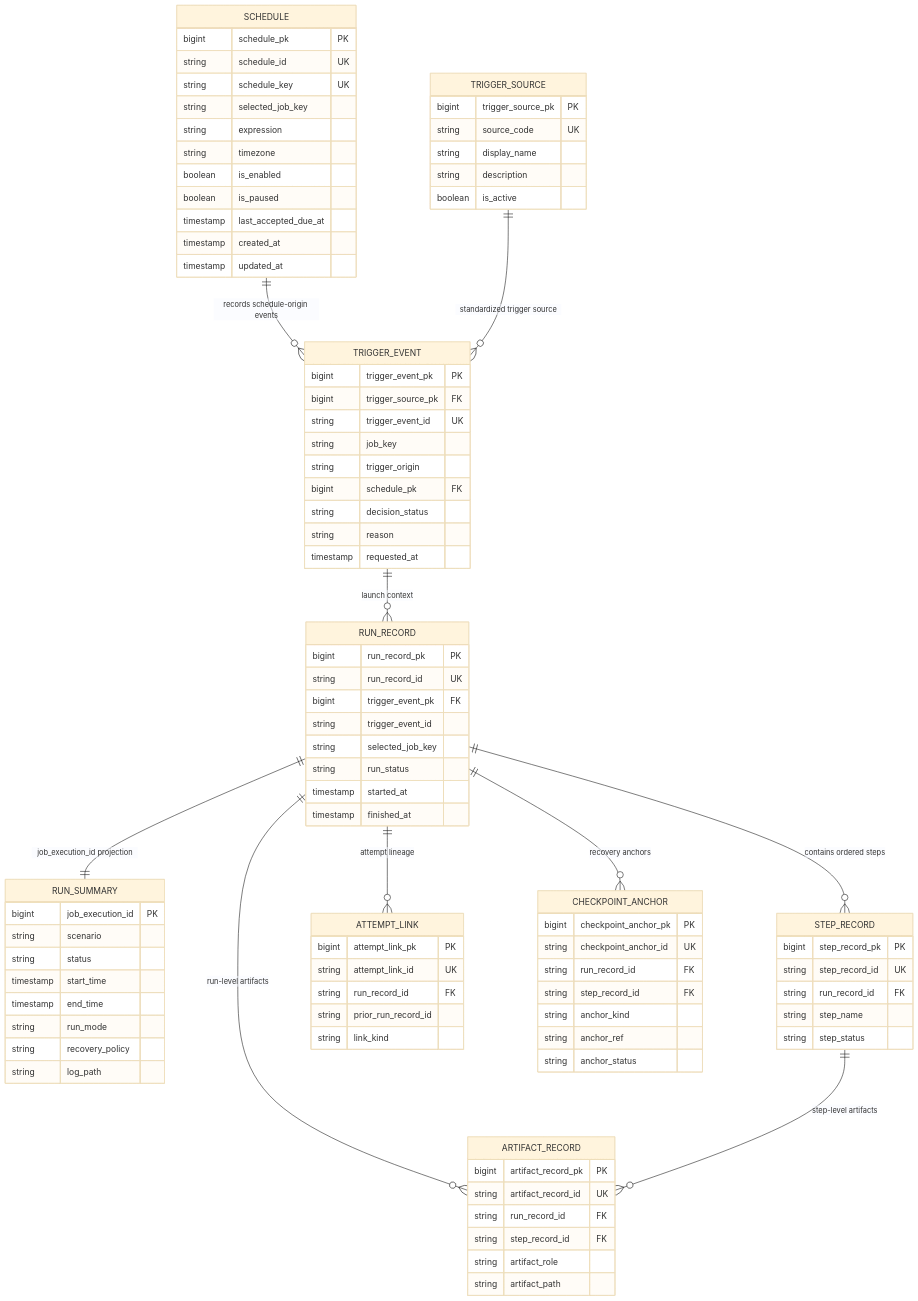
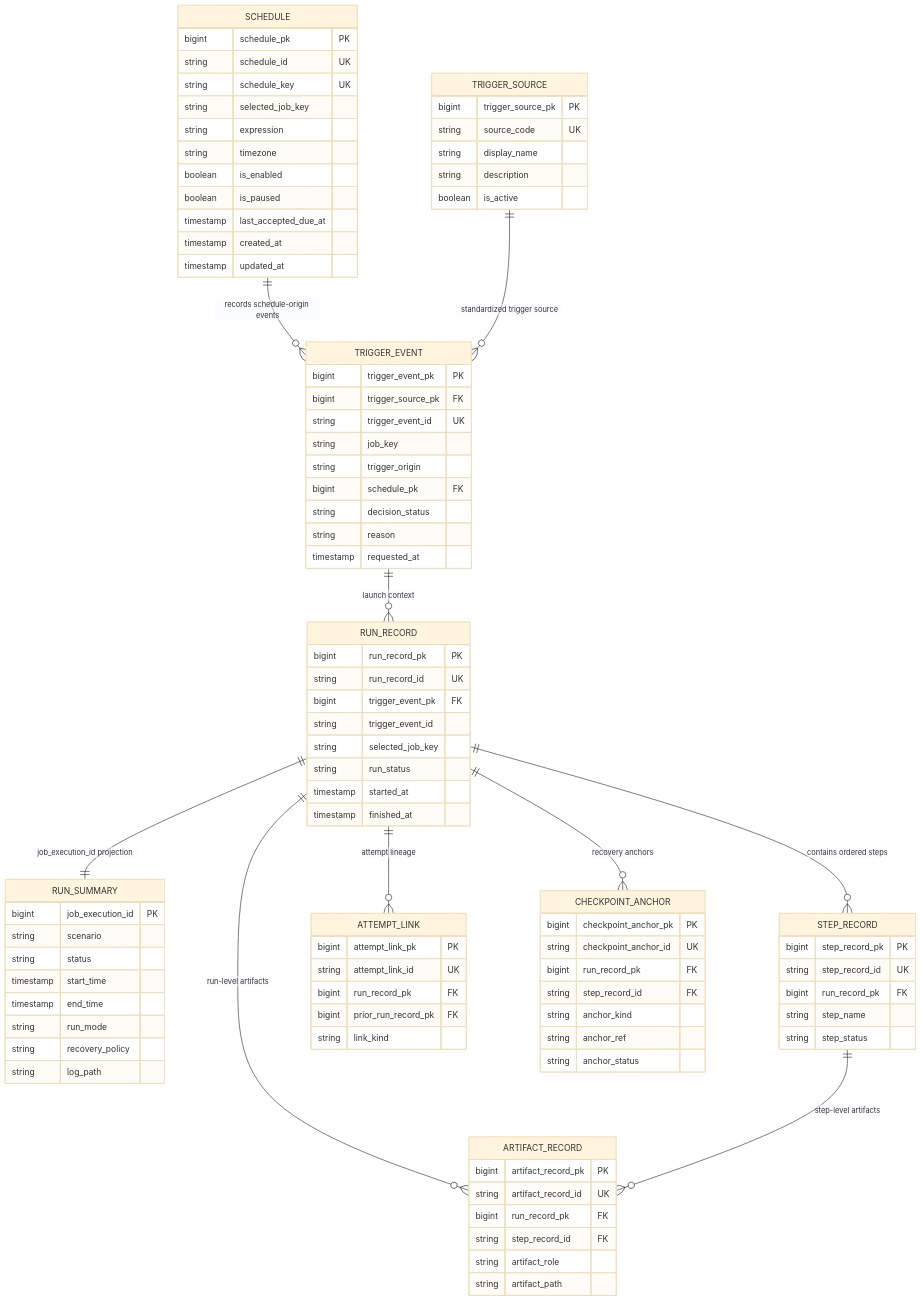
One commit to kbalanandam/spring-etl-engine changed the second of 2 diagrams in docs/architecture/control-plane/control-plane-local-relational-schema.md. Above: the diagram before and after it, drawn with Mermaid (base theme). The commit also changed other lines of this file and 7 other files, not shown here.

Commit message:
Fix control-plane run linkage compatibility for legacy MySQL schemas

```diff
--- a/docs/architecture/control-plane/control-plane-local-relational-schema.md
+++ b/docs/architecture/control-plane/control-plane-local-relational-schema.md
@@ -170,7 +171,7 @@
     STEP_RECORD {
         bigint step_record_pk PK
         string step_record_id UK
-        string run_record_id FK
+        bigint run_record_pk FK
         string step_name
         string step_status
     }
@@ -178,7 +179,7 @@
     ARTIFACT_RECORD {
         bigint artifact_record_pk PK
         string artifact_record_id UK
-        string run_record_id FK
+        bigint run_record_pk FK
         string step_record_id FK
         string artifact_role
         string artifact_path
@@ -187,15 +188,15 @@
     ATTEMPT_LINK {
         bigint attempt_link_pk PK
         string attempt_link_id UK
-        string run_record_id FK
-        string prior_run_record_id
+        bigint run_record_pk FK
+        bigint prior_run_record_pk FK
         string link_kind
     }
 
     CHECKPOINT_ANCHOR {
         bigint checkpoint_anchor_pk PK
         string checkpoint_anchor_id UK
-        string run_record_id FK
+        bigint run_record_pk FK
         string step_record_id FK
         string anchor_kind
         string anchor_ref
```
